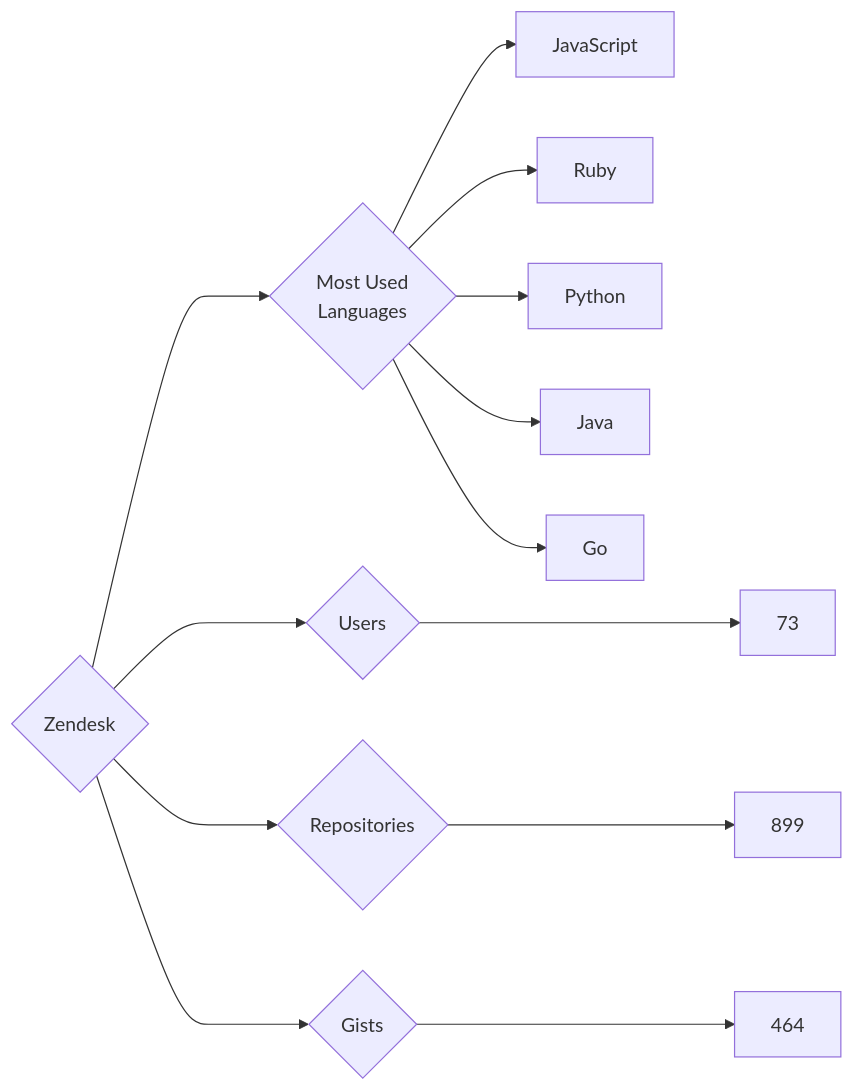
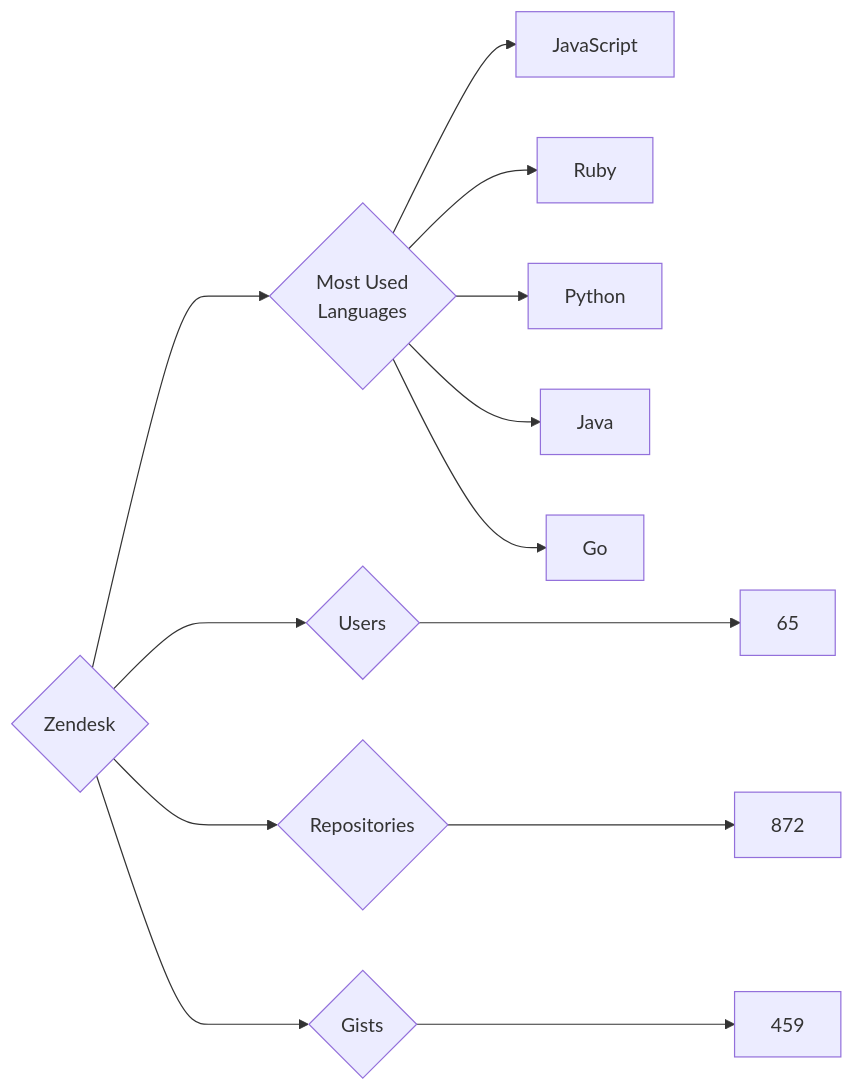
Before and after one commit to trickest/insiders: the diagram in targets/Zendesk/README.md, drawn with Mermaid. The commit also changed 799 other files, not shown here.

````diff
--- a/targets/Zendesk/README.md
+++ b/targets/Zendesk/README.md
@@ -3,13 +3,13 @@
 ```mermaid
 graph LR
 COMPANY_NAME{Zendesk}
-COMPANY_NAME ---> U{Users} ---> UN[73]
-COMPANY_NAME ---> R{Repositories} ---> RN[899]
-COMPANY_NAME ---> G{Gists} ---> GN[464]
+COMPANY_NAME ---> U{Users} ---> UN[65]
+COMPANY_NAME ---> R{Repositories} ---> RN[872]
+COMPANY_NAME ---> G{Gists} ---> GN[459]
 COMPANY_NAME ---> ML{Most Used<br>Languages}
 ML --> JavaScript[JavaScript]
 ML --> Ruby[Ruby]
 ML --> Python[Python]
 ML --> Java[Java]
 ML --> Go[Go]
 ```
````
